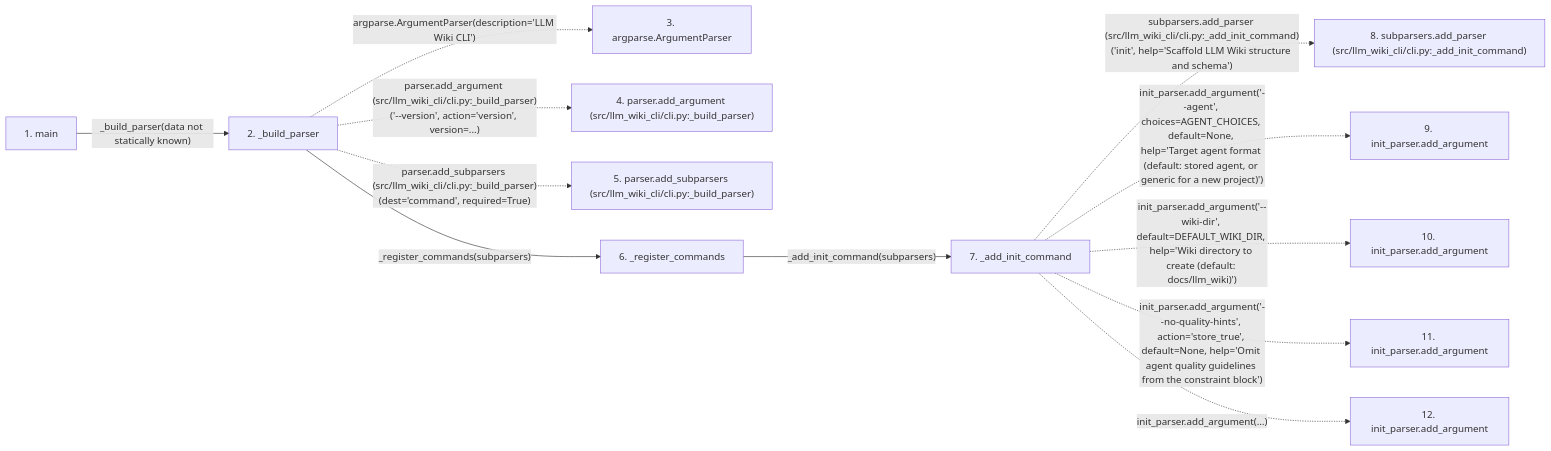
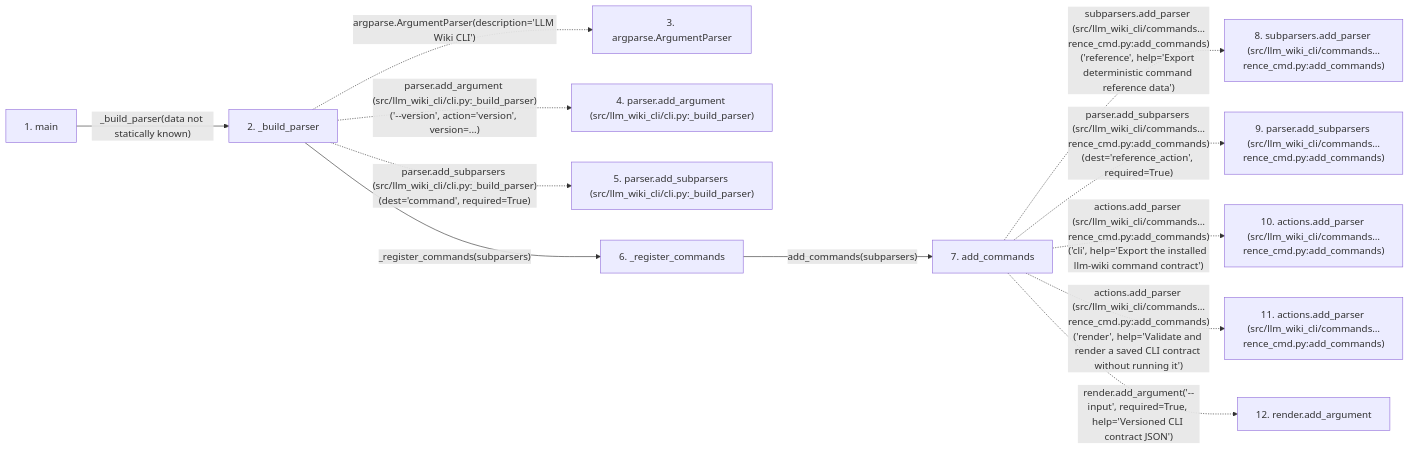
Before and after one commit to Denissvgn/python-wiki-llm: the second of 2 diagrams in docs/llm_wiki/flows/process-cli.md, drawn with Mermaid. The commit also changed other lines of this file and 468 other files, not shown here.

Commit message:
feat: add stable CLI reference data to wiki review

````diff
--- a/docs/llm_wiki/flows/process-cli.md
+++ b/docs/llm_wiki/flows/process-cli.md
@@ -152,30 +153,30 @@
 ```mermaid
 flowchart LR
     s1["1. main"]
     s2["2. _build_parser"]
     s3["3. argparse.ArgumentParser"]
     s4["4. parser.add_argument (src/llm_wiki_cli/cli.py:_build_parser)"]
     s5["5. parser.add_subparsers (src/llm_wiki_cli/cli.py:_build_parser)"]
     s6["6. _register_commands"]
-    s7["7. _add_init_command"]
-    s8["8. subparsers.add_parser (src/llm_wiki_cli/cli.py:_add_init_command)"]
-    s9["9. init_parser.add_argument"]
-    s10["10. init_parser.add_argument"]
-    s11["11. init_parser.add_argument"]
-    s12["12. init_parser.add_argument"]
+    s7["7. add_commands"]
+    s8["8. subparsers.add_parser (src/llm_wiki_cli/commands…rence_cmd.py:add_commands)"]
+    s9["9. parser.add_subparsers (src/llm_wiki_cli/commands…rence_cmd.py:add_commands)"]
+    s10["10. actions.add_parser (src/llm_wiki_cli/commands…rence_cmd.py:add_commands)"]
+    s11["11. actions.add_parser (src/llm_wiki_cli/commands…rence_cmd.py:add_commands)"]
+    s12["12. render.add_argument"]
     s1 -->|"_build_parser(data not statically known)"| s2
     s2 -. "argparse.ArgumentParser(description='LLM Wiki CLI')" .-> s3
     s2 -. "parser.add_argument (src/llm_wiki_cli/cli.py:_build_parser)('--version', action='version', version=...)" .-> s4
     s2 -. "parser.add_subparsers (src/llm_wiki_cli/cli.py:_build_parser)(dest='command', required=True)" .-> s5
     s2 -->|"_register_commands(subparsers)"| s6
-    s6 -->|"_add_init_command(subparsers)"| s7
-    s7 -. "subparsers.add_parser (src/llm_wiki_cli/cli.py:_add_init_command)('init', help='Scaffold LLM Wiki structure and schema')" .-> s8
-    s7 -. "init_parser.add_argument('--agent', choices=AGENT_CHOICES, default=None, help='Target agent format (default: stored agent, or generic for a new project)')" .-> s9
-    s7 -. "init_parser.add_argument('--wiki-dir', default=DEFAULT_WIKI_DIR, help='Wiki directory to create (default: docs/llm_wiki)')" .-> s10
-    s7 -. "init_parser.add_argument('--no-quality-hints', action='store_true', default=None, help='Omit agent quality guidelines from the constraint block')" .-> s11
-    s7 -. "init_parser.add_argument(…)" .-> s12
+    s6 -->|"add_commands(subparsers)"| s7
+    s7 -. "subparsers.add_parser (src/llm_wiki_cli/commands…rence_cmd.py:add_commands)('reference', help='Export deterministic command reference data')" .-> s8
+    s7 -. "parser.add_subparsers (src/llm_wiki_cli/commands…rence_cmd.py:add_commands)(dest='reference_action', required=True)" .-> s9
+    s7 -. "actions.add_parser (src/llm_wiki_cli/commands…rence_cmd.py:add_commands)('cli', help='Export the installed llm-wiki command contract')" .-> s10
+    s7 -. "actions.add_parser (src/llm_wiki_cli/commands…rence_cmd.py:add_commands)('render', help='Validate and render a saved CLI contract without running it')" .-> s11
+    s7 -. "render.add_argument('--input', required=True, help='Versioned CLI contract JSON')" .-> s12
     click s1 "../modules/cli.md"
     click s2 "../modules/cli.md"
     click s6 "../modules/cli.md"
-    click s7 "../modules/cli.md"
+    click s7 "../modules/reference_cmd.md"
 ```
````
